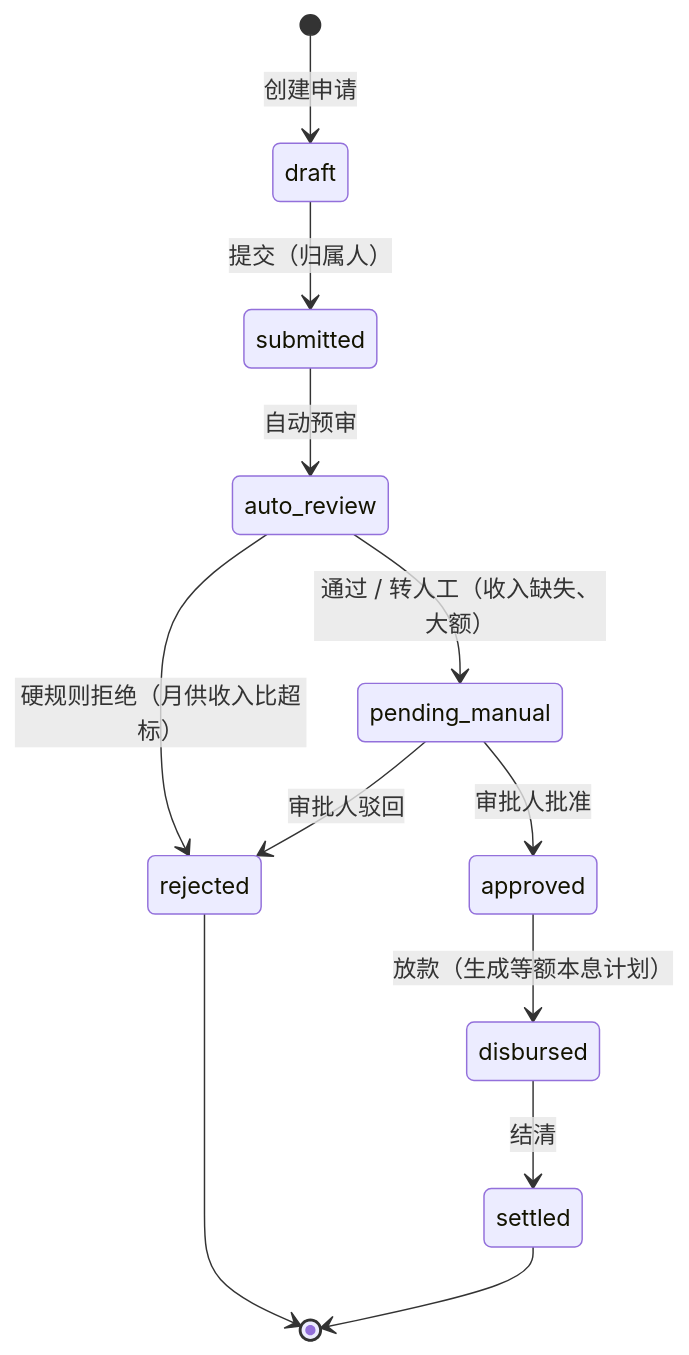
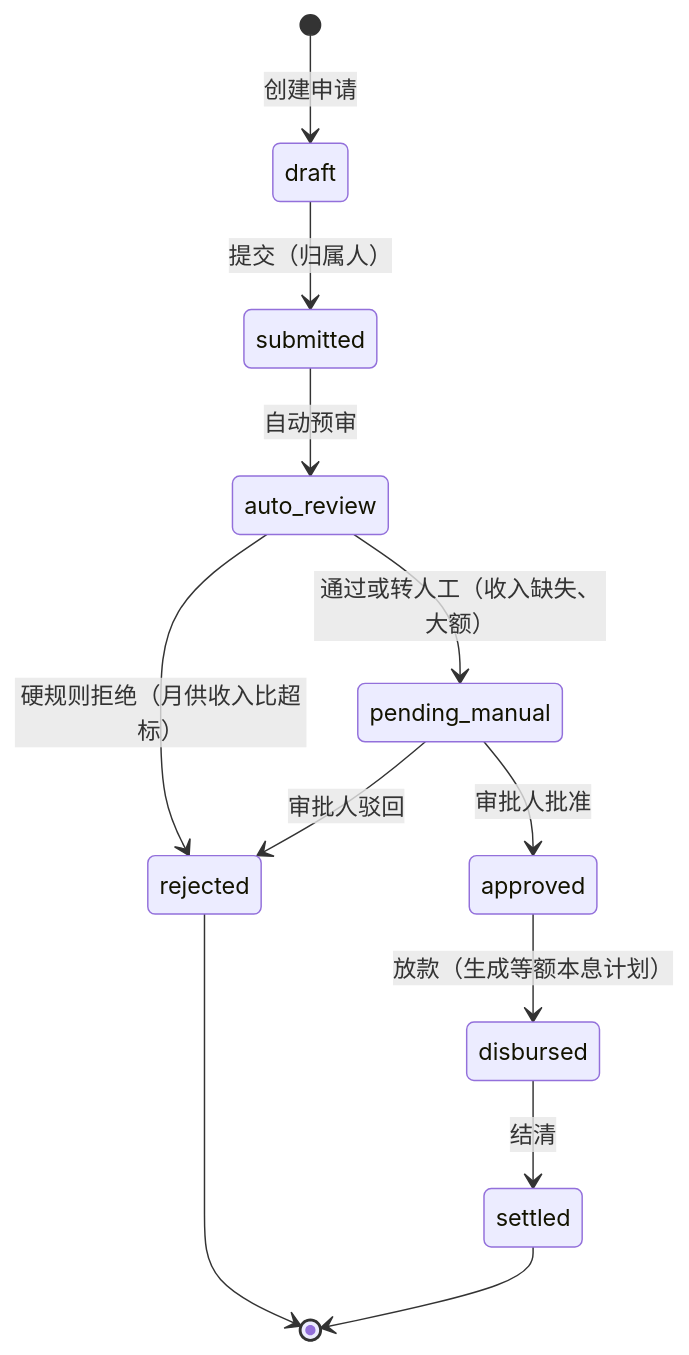
One commit to jasmine-crate/credit-approval-system changed the third of 3 diagrams in README.md. Above: the diagram before and after it, drawn with Mermaid. The commit also changed other lines of this file, not shown here.

First line of the commit message:
docs: make mermaid diagrams render on GitHub

````diff
--- a/README.md
+++ b/README.md
@@ -102,14 +102,14 @@
 ```mermaid
 stateDiagram-v2
     [*] --> draft: 创建申请
     draft --> submitted: 提交（归属人）
     submitted --> auto_review: 自动预审
     auto_review --> rejected: 硬规则拒绝（月供收入比超标）
-    auto_review --> pending_manual: 通过 / 转人工（收入缺失、大额）
+    auto_review --> pending_manual: 通过或转人工（收入缺失、大额）
     pending_manual --> approved: 审批人批准
     pending_manual --> rejected: 审批人驳回
     approved --> disbursed: 放款（生成等额本息计划）
     disbursed --> settled: 结清
     rejected --> [*]
     settled --> [*]
 ```
````
